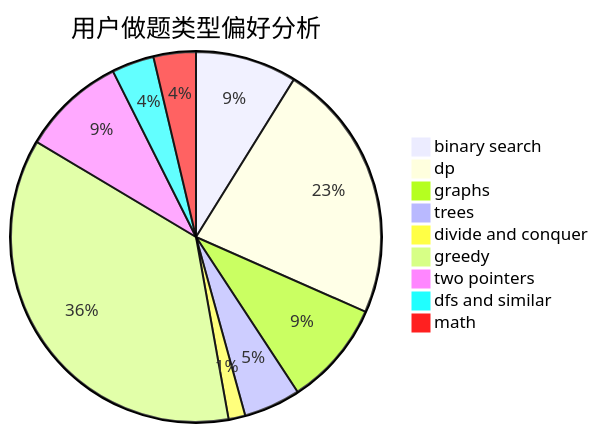
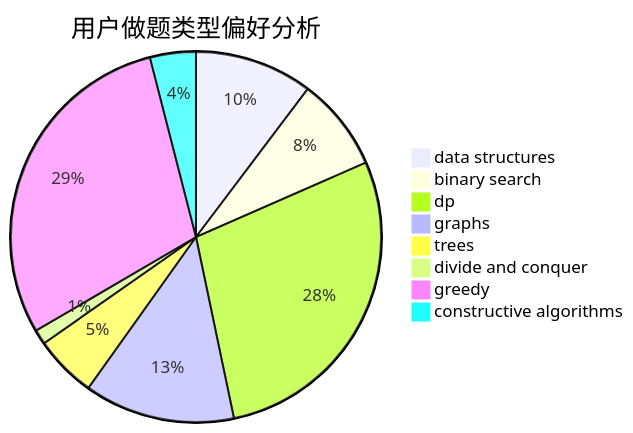
Before and after one commit to sherpahu/cfrs.github.io: the second of 3 diagrams in docs/user/u214.md, drawn with Mermaid. The commit also changed other lines of this file and 2775 other files, not shown here.

````diff
--- a/docs/user/u214.md
+++ b/docs/user/u214.md
@@ -23,12 +23,11 @@
 ```mermaid
 pie title 用户做题类型偏好分析
-    "binary search" :  91
-    "dp" :  234
-    "graphs" :  94
-    "trees" :  51
-    "divide and conquer" :  15
-    "greedy" :  374
-    "two pointers" :  93
-    "dfs and similar" :  38
-    "math" :  38
+    "data structures" :  72
+    "binary search" :  57
+    "dp" :  198
+    "graphs" :  92
+    "trees" :  38
+    "divide and conquer" :  9
+    "greedy" :  206
+    "constructive algorithms" :  28
 ```
````
